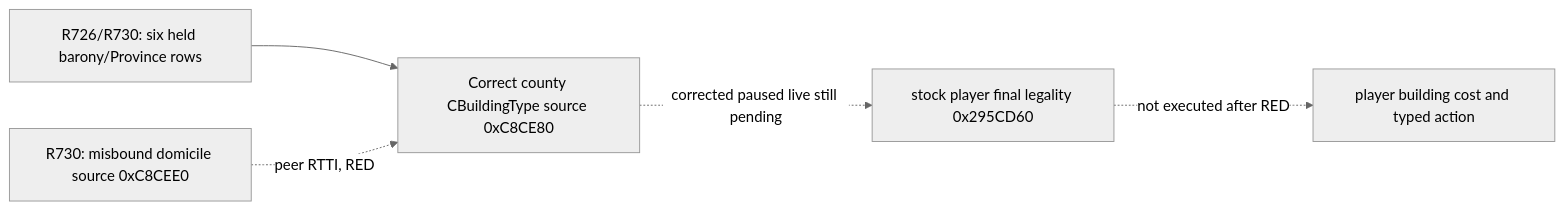
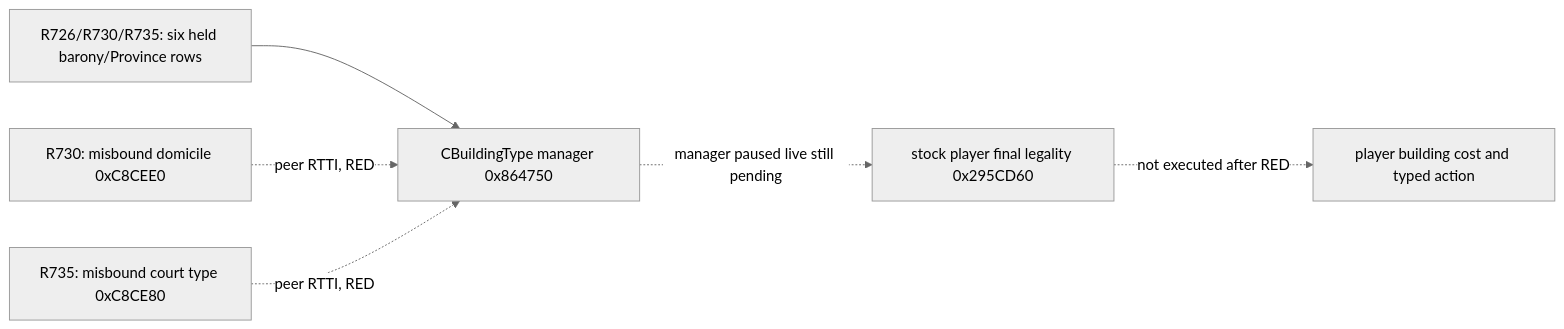
Before and after one commit to XenoAmess/ck3_eternal_recurrence: the diagram in docs/ck3-native-ai/g2m4-r726-world-definition-identity-red.md, drawn with Mermaid (neutral theme). The commit also changed other lines of this file and 6 other files, not shown here.

Commit message:
G2-M4-R735: read stock building manager definitions

````diff
--- a/docs/ck3-native-ai/g2m4-r726-world-definition-identity-red.md
+++ b/docs/ck3-native-ai/g2m4-r726-world-definition-identity-red.md
@@ -7,7 +11,8 @@
 ```mermaid
 flowchart LR
-  A["R726/R730: six held barony/Province rows"] --> B["Correct county CBuildingType source 0xC8CE80"]
-  X["R730: misbound domicile source 0xC8CEE0"] -. "peer RTTI, RED" .-> B
-  B -. "corrected paused live still pending" .-> C["stock player final legality 0x295CD60"]
+  A["R726/R730/R735: six held barony/Province rows"] --> B["CBuildingType manager 0x864750"]
+  X["R730: misbound domicile 0xC8CEE0"] -. "peer RTTI, RED" .-> B
+  Y["R735: misbound court type 0xC8CE80"] -. "peer RTTI, RED" .-> B
+  B -. "manager paused live still pending" .-> C["stock player final legality 0x295CD60"]
   C -. "not executed after RED" .-> D["player building cost and typed action"]
 ```
````
